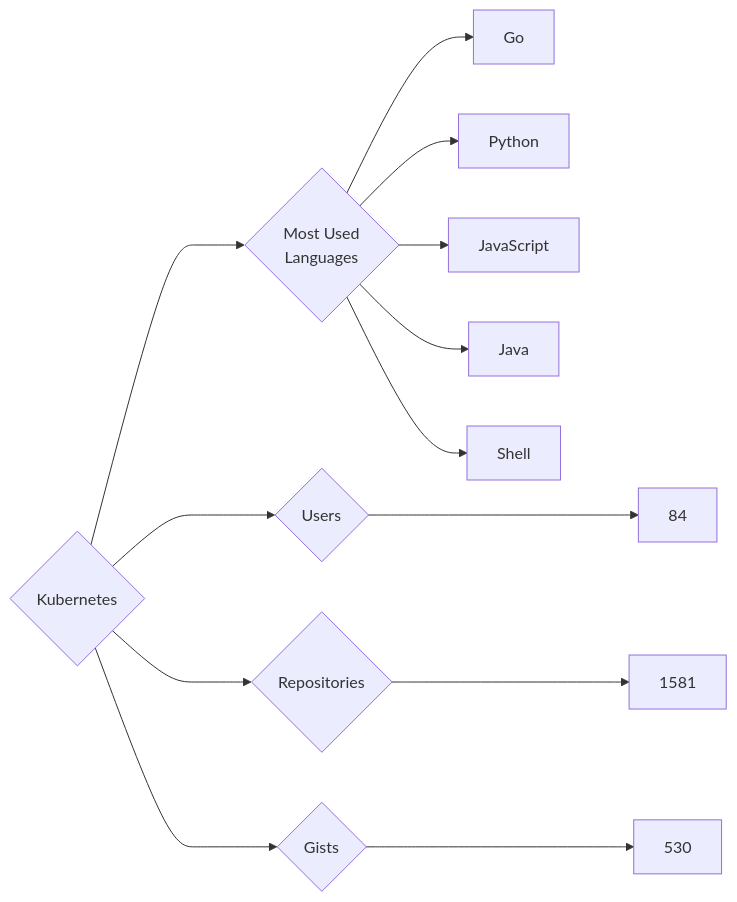
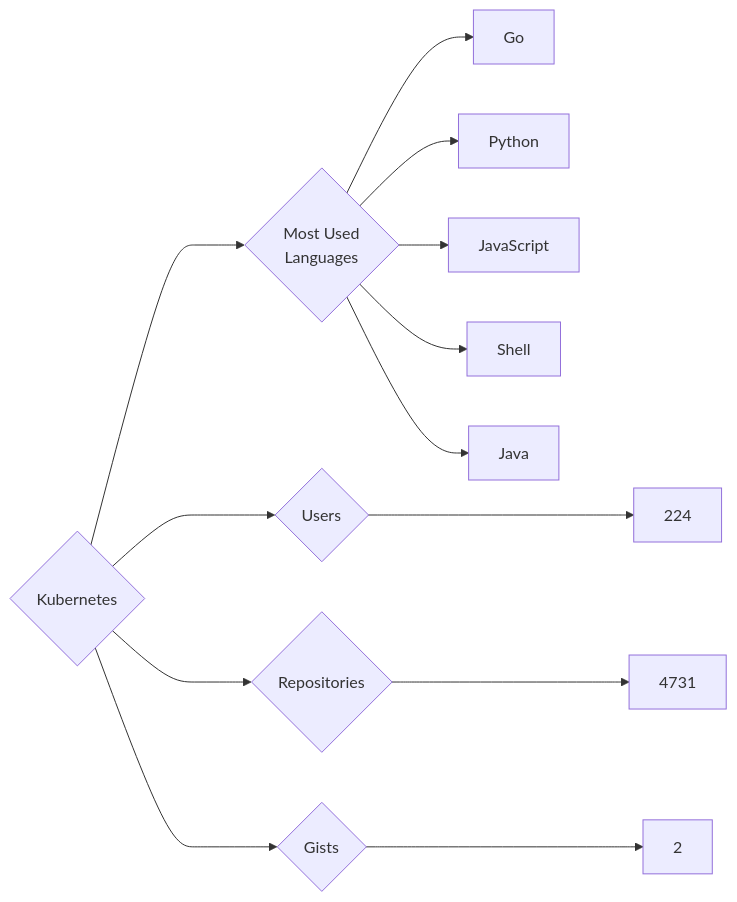
One commit to trickest/insiders changed the diagram in targets/Kubernetes/README.md. Above: the diagram before and after it, drawn with Mermaid. The commit also changed 723 other files, not shown here.

````diff
--- a/targets/Kubernetes/README.md
+++ b/targets/Kubernetes/README.md
@@ -3,13 +3,13 @@
 ```mermaid
 graph LR
 COMPANY_NAME{Kubernetes}
-COMPANY_NAME ---> U{Users} ---> UN[84]
-COMPANY_NAME ---> R{Repositories} ---> RN[1581]
-COMPANY_NAME ---> G{Gists} ---> GN[530]
+COMPANY_NAME ---> U{Users} ---> UN[224]
+COMPANY_NAME ---> R{Repositories} ---> RN[4731]
+COMPANY_NAME ---> G{Gists} ---> GN[2]
 COMPANY_NAME ---> ML{Most Used<br>Languages}
 ML --> Go[Go]
 ML --> Python[Python]
 ML --> JavaScript[JavaScript]
+ML --> Shell[Shell]
 ML --> Java[Java]
-ML --> Shell[Shell]
 ```
````
